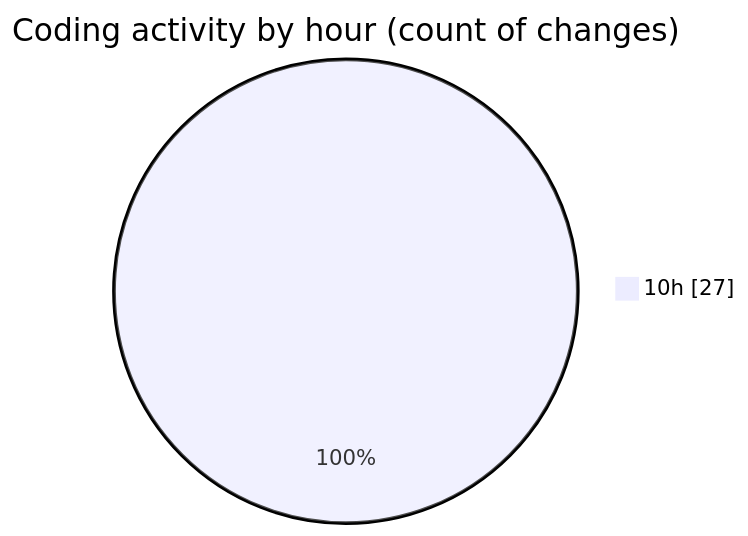
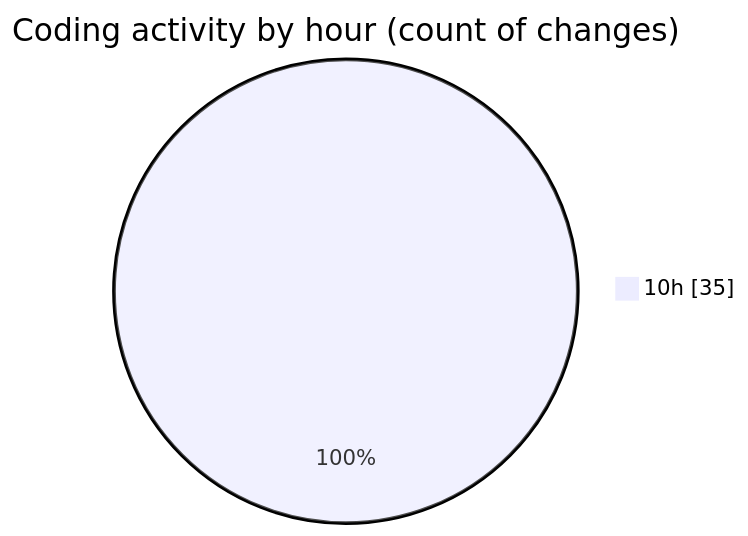
The second of 2 diagrams in 2025-03-28/cda/README.md (momahboobian/code-tracking), drawn with Mermaid before and after one commit. The commit also changed other lines of this file and 1 other file, not shown here.

````diff
--- a/2025-03-28/cda/README.md
+++ b/2025-03-28/cda/README.md
@@ -31,5 +32,5 @@
 ```mermaid
 pie showData
 title Coding activity by hour (count of changes)
-"10h" : 27
+"10h" : 35
 ```
````
